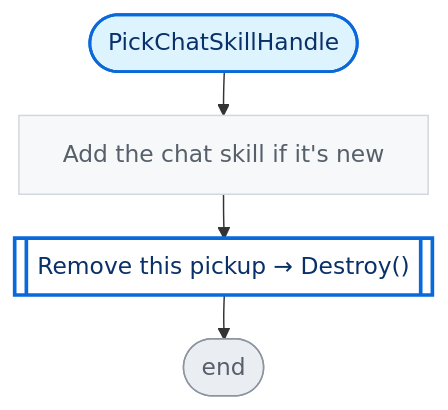
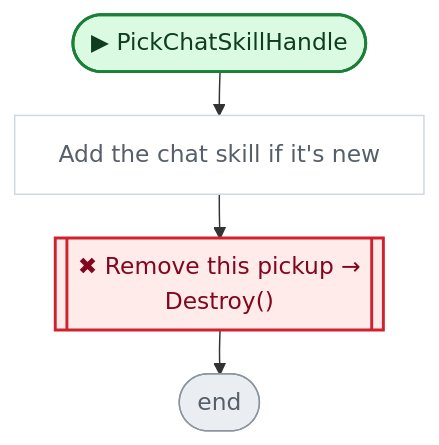
The sixth of 7 diagrams in CodeGraph~/graph/Loot.cs.md (nataiai/Lord-of-the-Dungeon), drawn with Mermaid before and after one commit. The commit also changed other lines of this file and 44 other files, not shown here.

````diff
--- a/CodeGraph~/graph/Loot.cs.md
+++ b/CodeGraph~/graph/Loot.cs.md
@@ -292,31 +317,35 @@
 ```mermaid
 ---
 config:
   flowchart:
     wrappingWidth: 260
     nodeSpacing: 26
     rankSpacing: 30
 ---
 flowchart TD
-  nS(["PickChatSkillHandle"])
+  nS(["▶ PickChatSkillHandle"])
   n2dde9f["Add the chat skill if it's new"]
-  nbee12d[["Remove this pickup → Destroy()"]]
+  nbee12d[["✖ Remove this pickup →<br>Destroy()"]]
   nE(["end"])
   nS --> n2dde9f
   n2dde9f --> nbee12d
   nbee12d --> nE
-  classDef unity fill:#fff1c2,stroke:#9a6700,stroke-width:2px,color:#3b2300
-  classDef start fill:#ddf4ff,stroke:#0969da,stroke-width:2px,color:#0a3069
-  classDef calc fill:#f6f8fa,stroke:#d0d7de,color:#57606a
-  classDef calls fill:#ffffff,stroke:#0969da,stroke-width:2.5px,color:#0a3069
-  classDef cond fill:#ffffff,stroke:#6e7781,stroke-width:1.5px,color:#1f2328
-  classDef loop fill:#fbefff,stroke:#8250df,color:#3e1f79
-  classDef exit fill:#eaeef2,stroke:#57606a,color:#24292f
-  classDef wait fill:#fff8f0,stroke:#bc4c00,color:#4d1d00
+  classDef unity fill:#dafbe1,stroke:#1a7f37,stroke-width:2px,color:#0f3d1d
+  classDef start fill:#dafbe1,stroke:#1a7f37,stroke-width:2px,color:#0f3d1d
+  classDef calc fill:#ffffff,stroke:#d0d7de,color:#57606a
+  classDef calls fill:#ddf4ff,stroke:#0969da,stroke-width:2px,color:#0a3069
+  classDef ext fill:#ddf4ff,stroke:#0969da,stroke-width:2px,stroke-dasharray:5 3,color:#0a3069
+  classDef cond fill:#fff8c5,stroke:#bf8700,stroke-width:1.5px,color:#3d2a00
+  classDef loop fill:#f6f8fa,stroke:#57606a,color:#1f2328
+  classDef exit fill:#ffebe9,stroke:#cf222e,color:#82071e
+  classDef kill fill:#ffebe9,stroke:#cf222e,stroke-width:2px,color:#82071e
+  classDef spawn fill:#dafbe1,stroke:#1a7f37,stroke-width:2px,color:#0f3d1d
+  classDef wait fill:#fff1e5,stroke:#bc4c00,color:#4d1d00
   classDef fin fill:#eaeef2,stroke:#8c959f,color:#57606a
   classDef join fill:#d0d7de,stroke:#8c959f,color:#57606a
+  classDef ghdr fill:#f5f9ff,stroke:#f5f9ff,color:#0a3069,font-weight:bold
   class n2dde9f calc
-  class nbee12d calls
   class nE fin
+  class nbee12d kill
   class nS start
 ```
````
